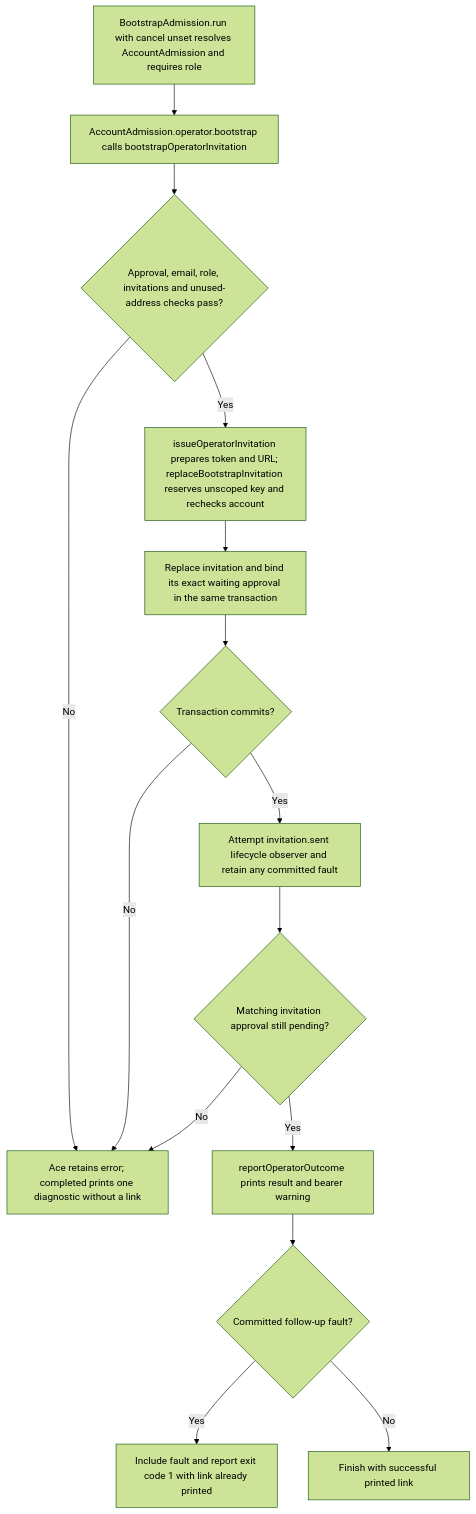
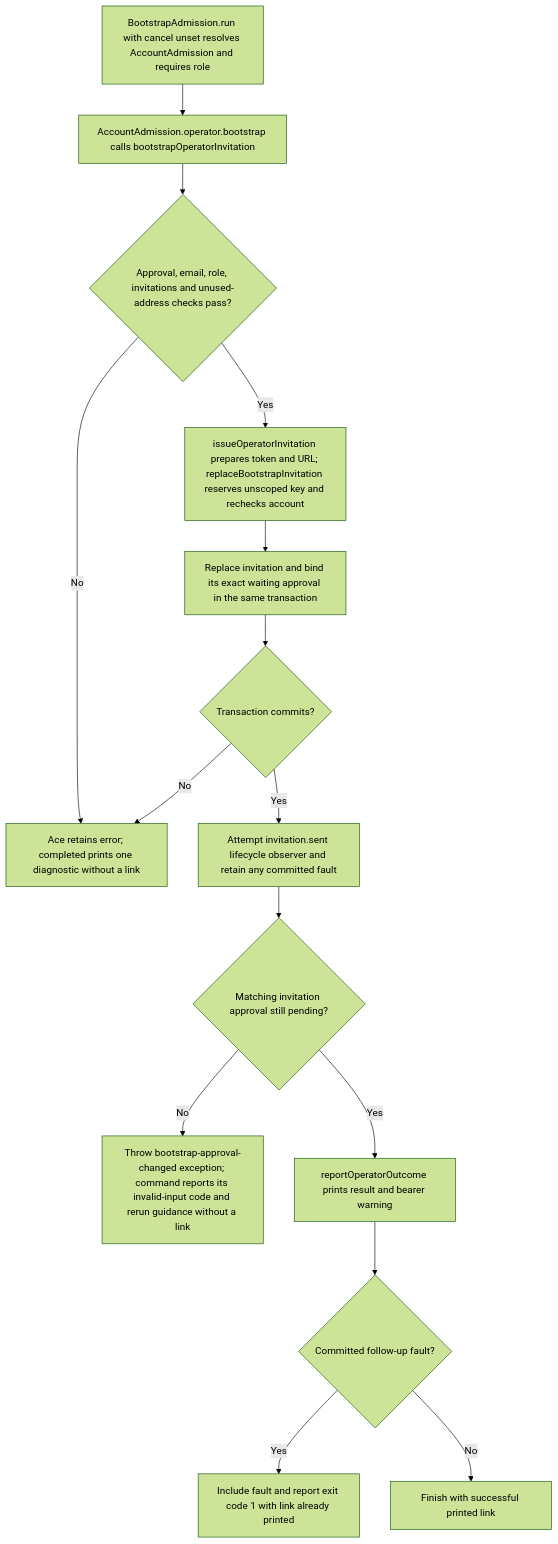
Before and after one commit to Kevinjohn/oss-adonisjs-account-kit: the second of 2 diagrams in user-stories/US-ACCOUNT-46-bootstrap-first-administrator.md, drawn with Mermaid (forest theme). The commit also changed 42 other files, not shown here.

````diff
--- a/user-stories/US-ACCOUNT-46-bootstrap-first-administrator.md
+++ b/user-stories/US-ACCOUNT-46-bootstrap-first-administrator.md
@@ -36,17 +36,17 @@
 ```mermaid
 flowchart TD
  A["BootstrapAdmission.run with cancel unset resolves AccountAdmission and requires role"] --> B["AccountAdmission.operator.bootstrap calls bootstrapOperatorInvitation"]
  B --> C{"Approval, email, role, invitations and unused-address checks pass?"}
  C -->|No| G["Ace retains error; completed prints one diagnostic without a link"]
  C -->|Yes| D["issueOperatorInvitation prepares token and URL; replaceBootstrapInvitation reserves unscoped key and rechecks account"]
  D --> E["Replace invitation and bind its exact waiting approval in the same transaction"]
  E --> F{"Transaction commits?"}
  F -->|No| G
  F -->|Yes| H["Attempt invitation.sent lifecycle observer and retain any committed fault"]
  H --> I{"Matching invitation approval still pending?"}
- I -->|No| G
+ I -->|No| P["Throw bootstrap-approval-changed exception; command reports its invalid-input code and rerun guidance without a link"]
  I -->|Yes| K["reportOperatorOutcome prints result and bearer warning"]
  K --> L{"Committed follow-up fault?"}
  L -->|Yes| M["Include fault and report exit code 1 with link already printed"]
  L -->|No| N["Finish with successful printed link"]
 ```
````
